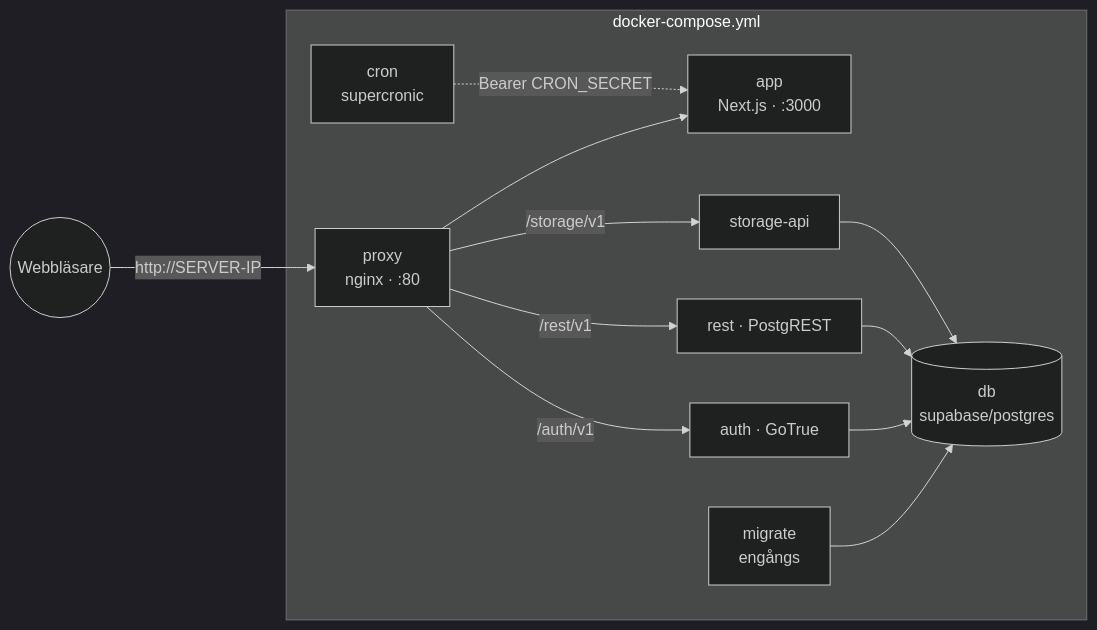
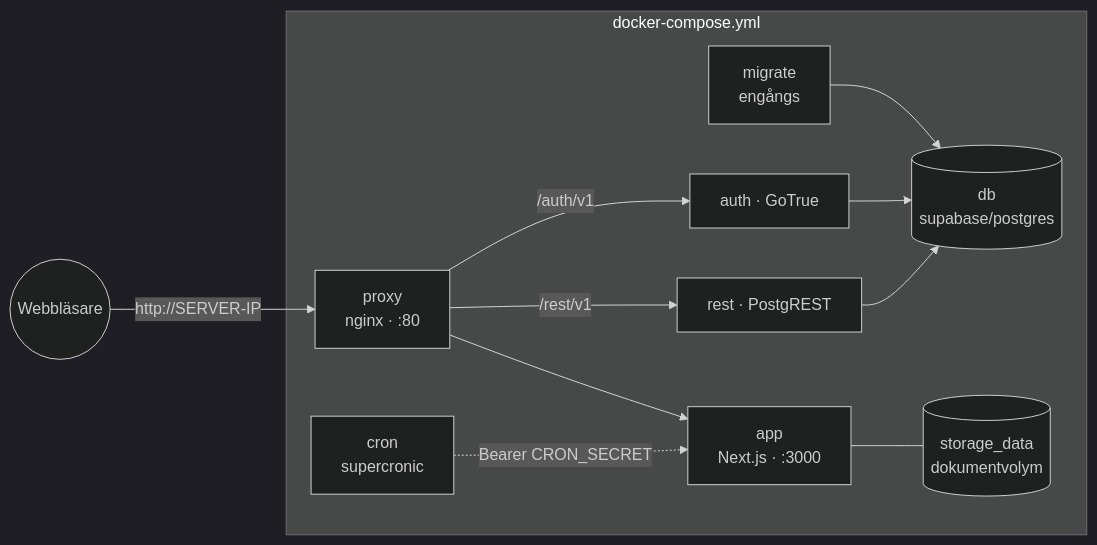
Before and after one commit to mews-se/firmabok: the diagram in docs/SELF-HOSTING.md, drawn with Mermaid (dark theme). The commit also changed other lines of this file and 47 other files, not shown here.

First line of the commit message:
Replace the storage-api service with filesystem storage

````diff
--- a/docs/SELF-HOSTING.md
+++ b/docs/SELF-HOSTING.md
@@ -12,24 +12,24 @@
 ```mermaid
 flowchart LR
     user((Webbläsare))
     user -- "http://SERVER-IP" --> nginx
 
     subgraph stack["docker-compose.yml"]
         nginx["proxy<br/>nginx · :80"]
         app["app<br/>Next.js · :3000"]
         cron["cron<br/>supercronic"]
         migrate["migrate<br/>engångs"]
         db[("db<br/>supabase/postgres")]
         auth["auth · GoTrue"]
         rest["rest · PostgREST"]
-        storage["storage-api"]
+        vol[("storage_data<br/>dokumentvolym")]
 
         nginx --> app
         nginx -- /auth/v1 --> auth
         nginx -- /rest/v1 --> rest
-        nginx -- /storage/v1 --> storage
+        app --- vol
         cron -. Bearer CRON_SECRET .-> app
         migrate --> db
-        auth & rest & storage --> db
+        auth & rest --> db
     end
 ```
````
